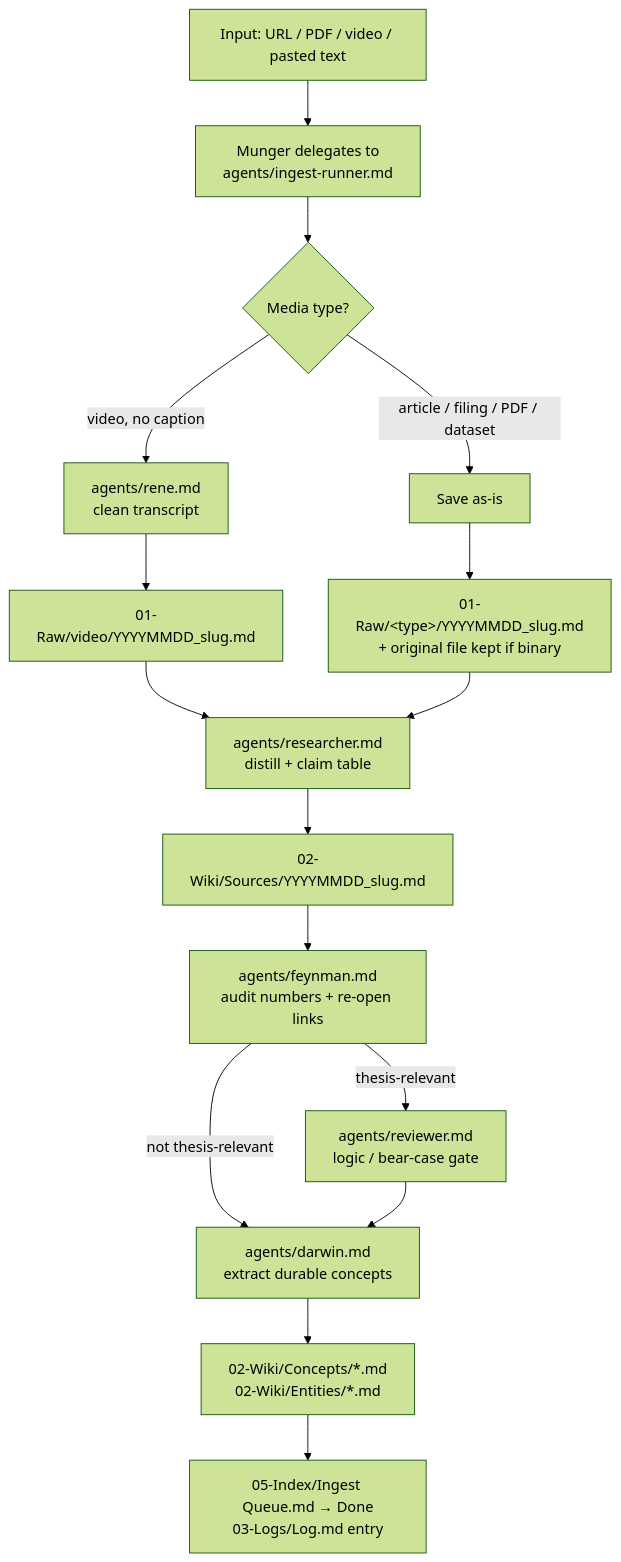
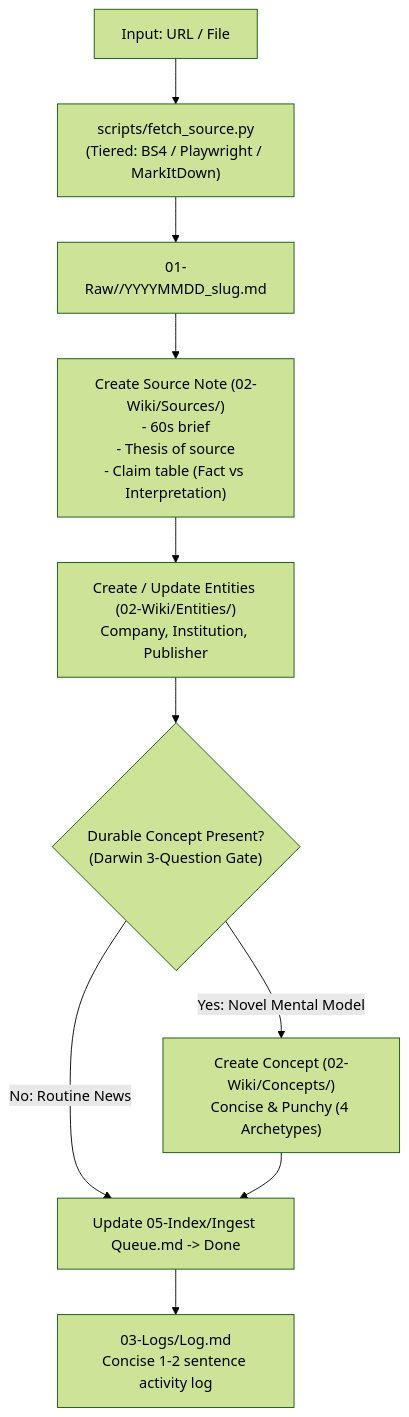
Before and after one commit to Migchw/llm-wiki-starter: the second of 3 diagrams in PROJECT-WORKFLOW.md, drawn with Mermaid (forest theme). The commit also changed other lines of this file and 6 other files, not shown here.

Commit message:
feat(ingest): implement Python-first tiered fetcher and lean single-pass ingestion

````diff
--- a/PROJECT-WORKFLOW.md
+++ b/PROJECT-WORKFLOW.md
@@ -45,18 +44,12 @@
 ```mermaid
 flowchart TD
-    IN["Input: URL / PDF / video / pasted text"] --> IR["Munger delegates to<br/>agents/ingest-runner.md"]
-    IR --> T{"Media type?"}
-    T -->|video, no caption| RENE["agents/rene.md<br/>clean transcript"]
-    T -->|article / filing / PDF / dataset| RAW["Save as-is"]
-    RENE --> RAWOUT["01-Raw/video/YYYYMMDD_slug.md"]
-    RAW --> RAWOUT2["01-Raw/&lt;type&gt;/YYYYMMDD_slug.md<br/>+ original file kept if binary"]
-    RAWOUT --> RN["agents/researcher.md<br/>distill + claim table"]
-    RAWOUT2 --> RN
-    RN --> SN["02-Wiki/Sources/YYYYMMDD_slug.md"]
-    SN --> FY["agents/feynman.md<br/>audit numbers + re-open links"]
-    FY -->|thesis-relevant| RV["agents/reviewer.md<br/>logic / bear-case gate"]
-    FY -->|not thesis-relevant| DW
-    RV --> DW["agents/darwin.md<br/>extract durable concepts"]
-    DW --> CN["02-Wiki/Concepts/*.md<br/>02-Wiki/Entities/*.md"]
-    CN --> LOG["05-Index/Ingest Queue.md → Done<br/>03-Logs/Log.md entry"]
+    IN["Input: URL / File"] --> FETCH["scripts/fetch_source.py<br/>(Tiered: BS4 / Playwright / MarkItDown)"]
+    FETCH --> RAW["01-Raw/<media_type>/YYYYMMDD_slug.md"]
+    RAW --> SN["Create Source Note (02-Wiki/Sources/)<br/>- 60s brief<br/>- Thesis of source<br/>- Claim table (Fact vs Interpretation)"]
+    SN --> ENT["Create / Update Entities (02-Wiki/Entities/)<br/>Company, Institution, Publisher"]
+    ENT --> CON{"Durable Concept Present?<br/>(Darwin 3-Question Gate)"}
+    CON -->|Yes: Novel Mental Model| CN["Create Concept (02-Wiki/Concepts/)<br/>Concise & Punchy (4 Archetypes)"]
+    CON -->|No: Routine News| QUEUE
+    CN --> QUEUE["Update 05-Index/Ingest Queue.md -> Done"]
+    QUEUE --> LOG["03-Logs/Log.md<br/>Concise 1-2 sentence activity log"]
 ```
````
